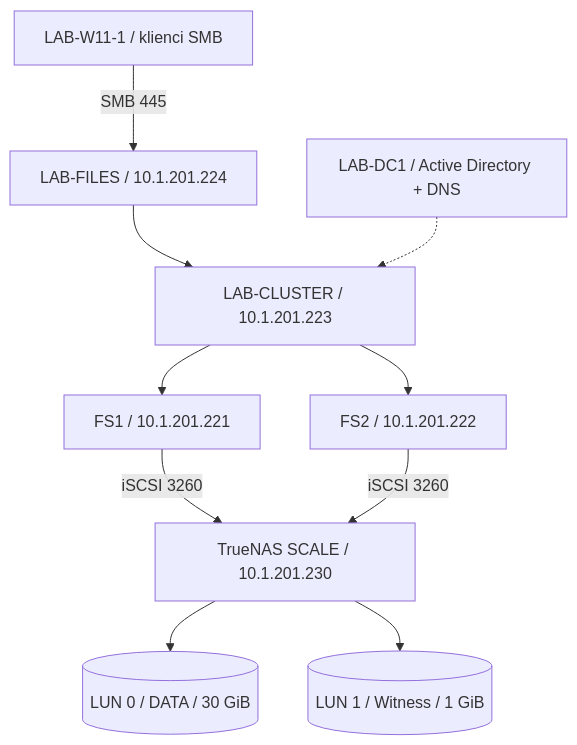
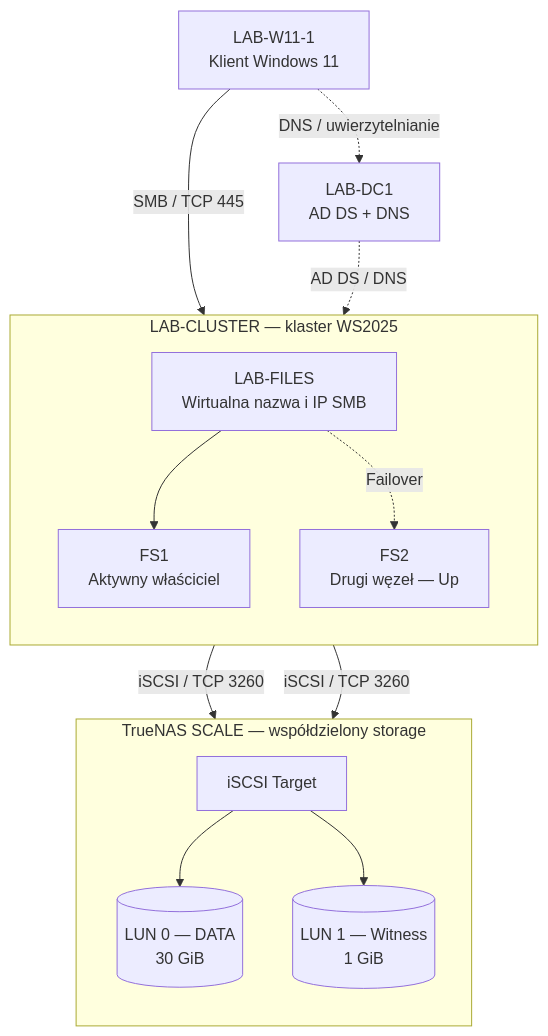
The diagram in windows-server/01-failover-file-server/README.md (ctworzewski/home-it-lab), drawn with Mermaid before and after one commit. The commit also changed other lines of this file, not shown here.

Commit message:
docs: improve failover cluster architecture diagram

````diff
--- a/windows-server/01-failover-file-server/README.md
+++ b/windows-server/01-failover-file-server/README.md
@@ -28,12 +30,29 @@
 ```mermaid
 flowchart TB
-  W[LAB-W11-1 / klienci SMB] -->|SMB 445| V[LAB-FILES / 10.1.201.224]
-  V --> C[LAB-CLUSTER / 10.1.201.223]
-  C --> F1[FS1 / 10.1.201.221]
-  C --> F2[FS2 / 10.1.201.222]
-  F1 -->|iSCSI 3260| T[TrueNAS SCALE / 10.1.201.230]
-  F2 -->|iSCSI 3260| T
-  T --> D[(LUN 0 / DATA / 30 GiB)]
-  T --> Q[(LUN 1 / Witness / 1 GiB)]
-  AD[LAB-DC1 / Active Directory + DNS] -.-> C
+    PC["LAB-W11-1<br/>Klient Windows 11"]
+    AD["LAB-DC1<br/>AD DS + DNS"]
+
+    subgraph CL["LAB-CLUSTER — klaster WS2025"]
+        direction TB
+        VIP["LAB-FILES<br/>Wirtualna nazwa i IP SMB"]
+        FS1["FS1<br/>Aktywny właściciel"]
+        FS2["FS2<br/>Drugi węzeł — Up"]
+        VIP --> FS1
+        VIP -. "Failover" .-> FS2
+    end
+
+    subgraph NAS["TrueNAS SCALE — współdzielony storage"]
+        direction TB
+        TARGET["iSCSI Target"]
+        DATA[("LUN 0 — DATA<br/>30 GiB")]
+        WIT[("LUN 1 — Witness<br/>1 GiB")]
+        TARGET --> DATA
+        TARGET --> WIT
+    end
+
+    PC -->|"SMB / TCP 445"| VIP
+    PC -. "DNS / uwierzytelnianie" .-> AD
+    AD -. "AD DS / DNS" .-> CL
+    FS1 -->|"iSCSI / TCP 3260"| TARGET
+    FS2 -->|"iSCSI / TCP 3260"| TARGET
 ```
````
